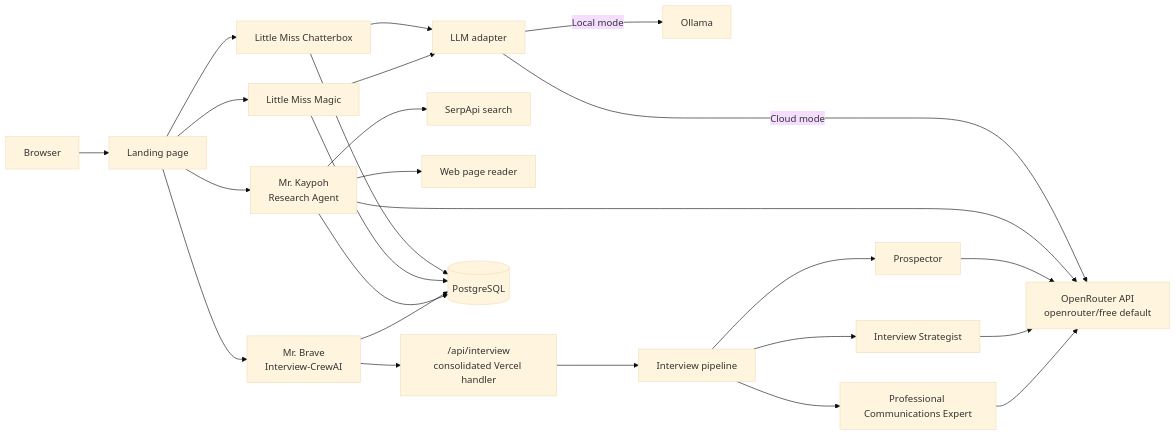
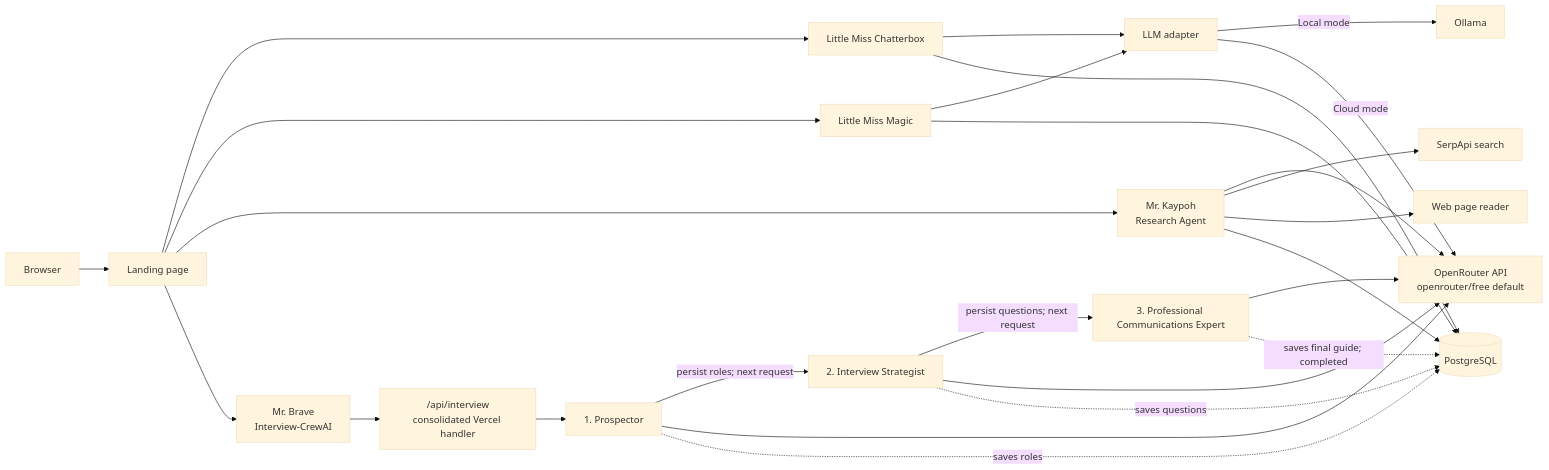
The diagram in README.md (gelwuyl/ai-playground-v2), drawn with Mermaid (base theme) before and after one commit. The commit also changed other lines of this file, not shown here.

Commit message:
docs: show Mr. Brave as a sequential pipeline
Clarify that the direct-OpenRouter implementation preserves the sequential
Prospector -> Strategist -> Communications Expert flow, and draw the
persisted stage hand-offs in the architecture diagram.

````diff
--- a/README.md
+++ b/README.md
@@ -23,32 +23,33 @@
 ```mermaid
 flowchart LR
     B[Browser] --> L[Landing page]
 
     L --> Q[Little Miss Chatterbox]
     L --> S[Little Miss Magic]
     L --> R[Mr. Kaypoh<br/>Research Agent]
     L --> I[Mr. Brave<br/>Interview-CrewAI]
 
     Q --> A[LLM adapter]
     S --> A
     A -->|Local mode| O[Ollama]
     A -->|Cloud mode| OR[OpenRouter API<br/>openrouter/free default]
 
     R --> OR
     R --> SE[SerpApi search]
     R --> WB[Web page reader]
 
     I --> IH["/api/interview<br/>consolidated Vercel handler"]
-    IH --> IP[Interview pipeline]
-    IP --> P1[Prospector]
-    IP --> P2[Interview Strategist]
-    IP --> P3[Professional Communications Expert]
+    IH --> P1["1. Prospector"]
+    P1 -->|persist roles; next request| P2["2. Interview Strategist"]
+    P2 -->|persist questions; next request| P3["3. Professional Communications Expert"]
     P1 --> OR
     P2 --> OR
     P3 --> OR
+    P1 -. saves roles .-> DB
+    P2 -. saves questions .-> DB
+    P3 -. saves final guide; completed .-> DB
 
     Q --> DB[(PostgreSQL)]
     S --> DB
     R --> DB
-    I --> DB
 ```
````
